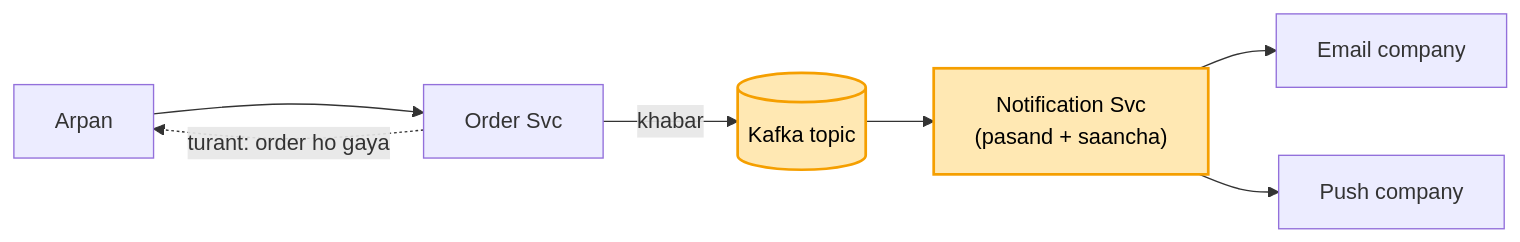
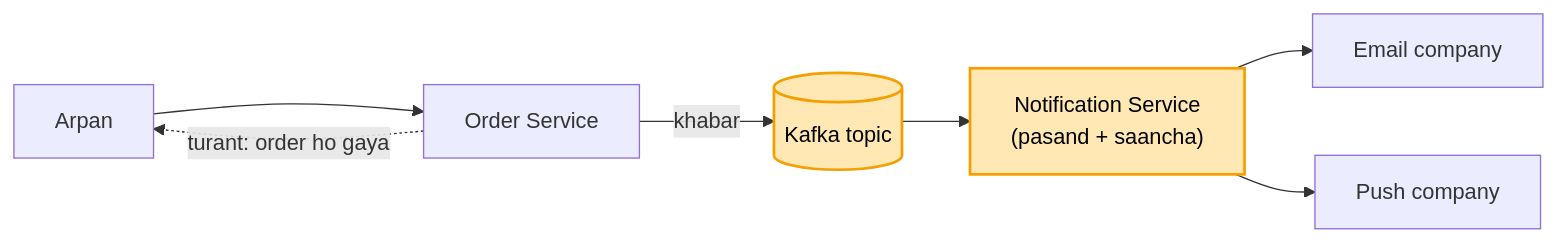
One commit to ArpanMaheshwari144/Prep changed the second of 11 diagrams in 04_HLD/SYSTEM_DESIGNS/04_notification_system/04_notification_system.md. Above: the diagram before and after it, drawn with Mermaid. The commit also changed other lines of this file and 8 other files, not shown here.

````diff
--- a/04_HLD/SYSTEM_DESIGNS/04_notification_system/04_notification_system.md
+++ b/04_HLD/SYSTEM_DESIGNS/04_notification_system/04_notification_system.md
@@ -72,11 +72,11 @@
 ```mermaid
 flowchart LR
-    U["Arpan"] --> O["Order Svc"]
+    U["Arpan"] --> O["Order Service"]
     O -- "khabar" --> K[("Kafka topic")]
     O -. "turant: order ho gaya" .-> U
-    K --> N["Notification Svc<br/>(pasand + saancha)"]
+    K --> N["Notification Service<br/>(pasand + saancha)"]
     N --> E["Email company"]
     N --> P["Push company"]
     style K fill:#ffe8b3,stroke:#f59f00,stroke-width:2px,color:#000
     style N fill:#ffe8b3,stroke:#f59f00,stroke-width:2px,color:#000
 ```
````
